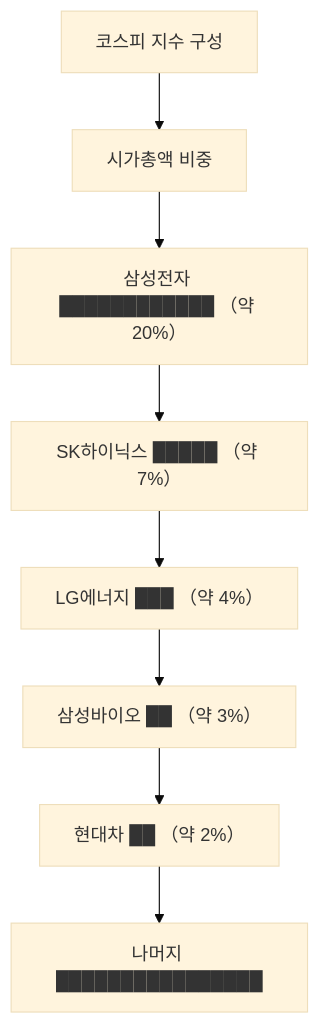
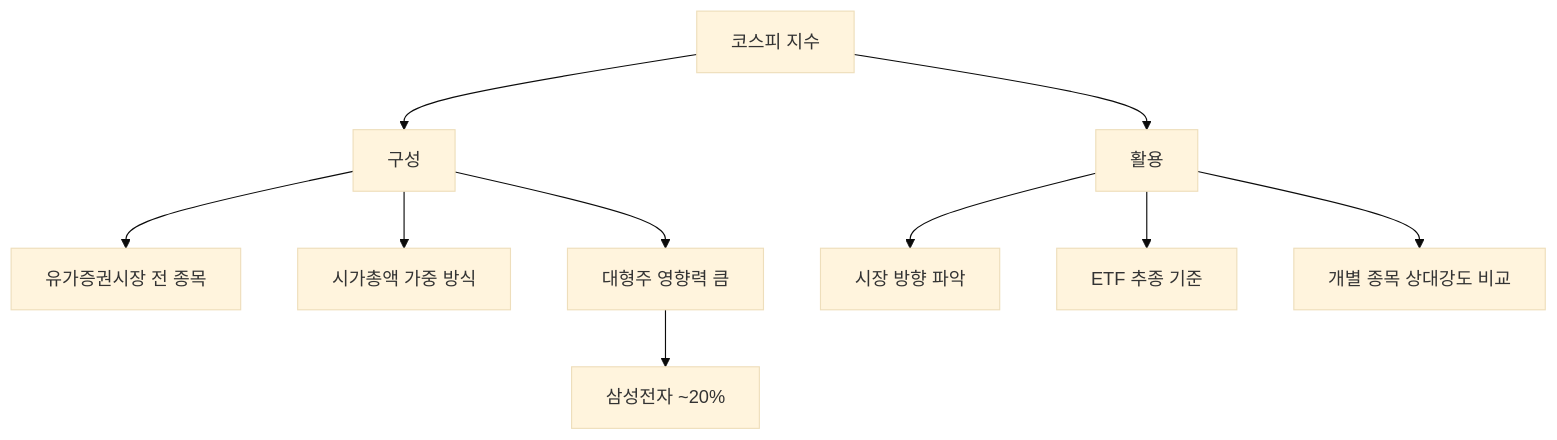
The diagram in content/stock-terms/ko/level-01-basic/kospi.md (yeongseon/stock-visual-note), drawn with Mermaid (base theme) before and after one commit. The commit also changed other lines of this file and 96 other files, not shown here.

Commit message:
Rewrite all 98 remaining articles: branching Mermaid diagrams, natural search_intent, compelling seo_titles, clean descriptions

````diff
--- a/content/stock-terms/ko/level-01-basic/kospi.md
+++ b/content/stock-terms/ko/level-01-basic/kospi.md
@@ -53,18 +49,12 @@
 ```mermaid
 graph TD
-    N0["코스피 지수 구성"]
-    N1["시가총액 비중"]
-    N2["삼성전자 ████████████ （약 20%）"]
-    N3["SK하이닉스 █████ （약 7%）"]
-    N4["LG에너지 ███ （약 4%）"]
-    N5["삼성바이오 ██ （약 3%）"]
-    N6["현대차 ██ （약 2%）"]
-    N7["나머지 ████████████████"]
-    N0 --> N1
-    N1 --> N2
-    N2 --> N3
-    N3 --> N4
-    N4 --> N5
-    N5 --> N6
-    N6 --> N7
+    A["코스피 지수"] --> B["구성"]
+    A --> C["활용"]
+    B --> B1["유가증권시장 전 종목"]
+    B --> B2["시가총액 가중 방식"]
+    B --> B3["대형주 영향력 큼"]
+    C --> C1["시장 방향 파악"]
+    C --> C2["ETF 추종 기준"]
+    C --> C3["개별 종목 상대강도 비교"]
+    B3 --> B3a["삼성전자 ~20%"]
 ```
````
